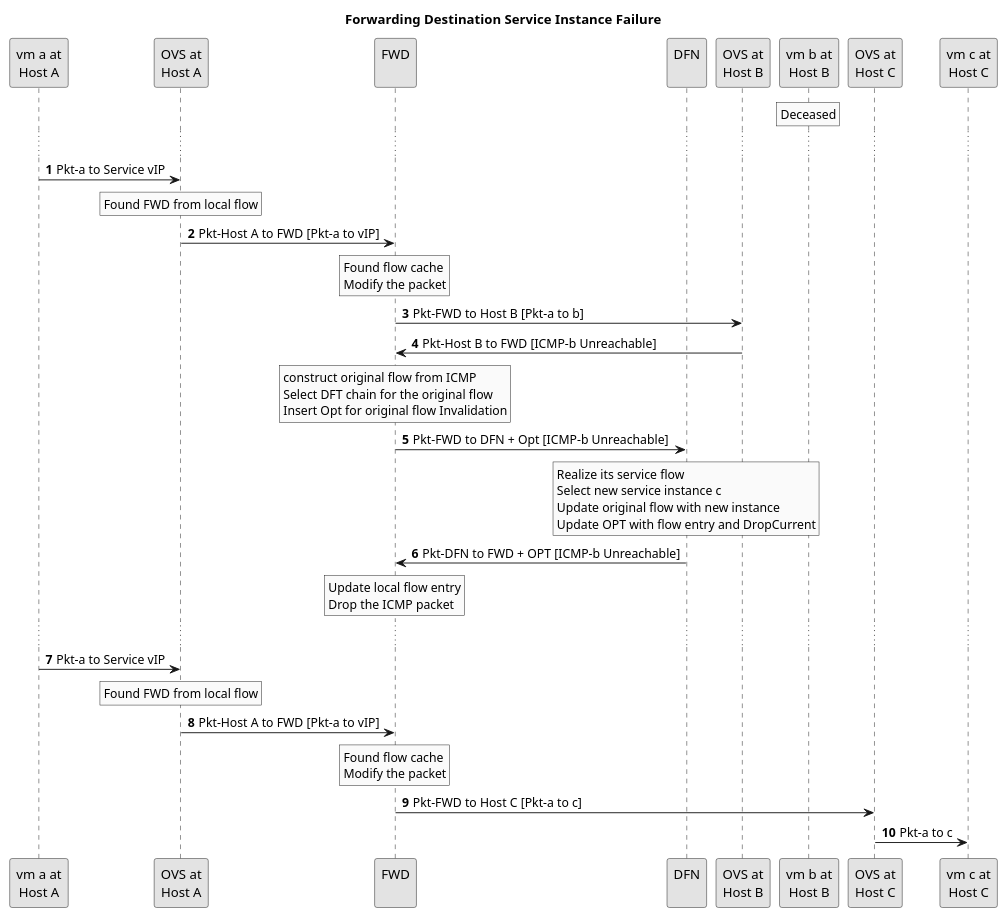
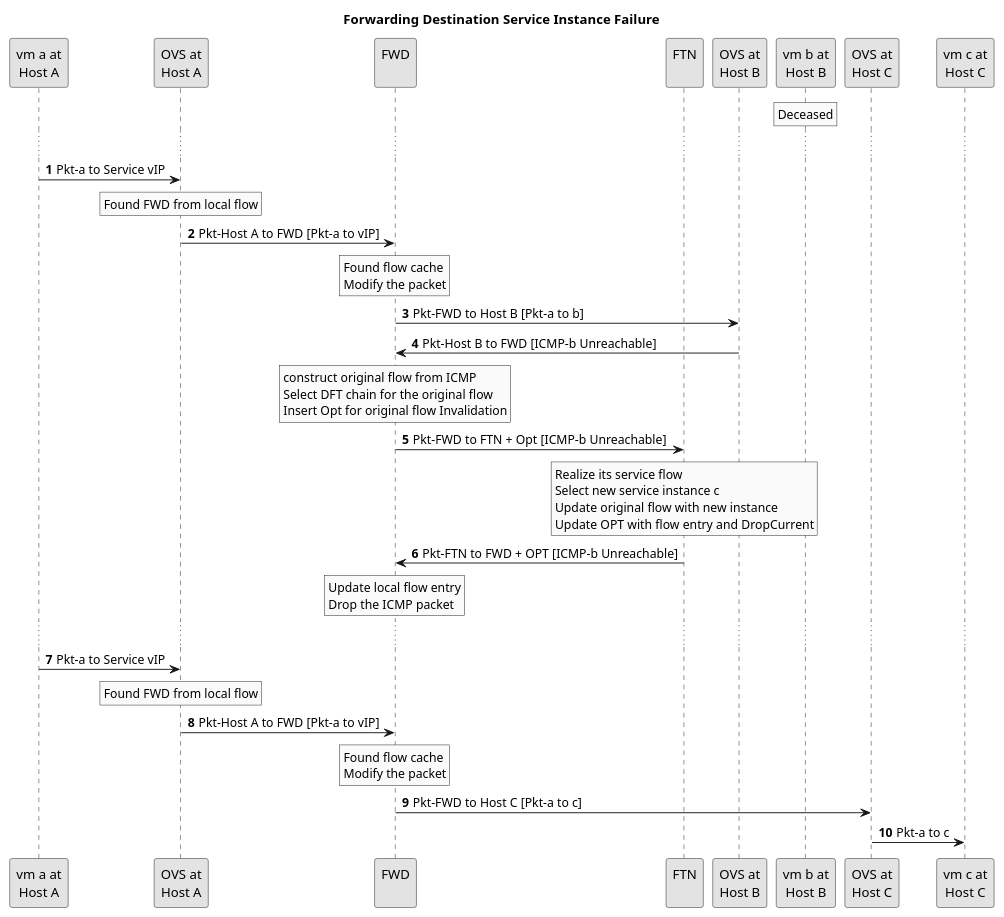
The diagram in docs/design/puml/zeta_packet_farwarding_failure_dest_service_instance.puml (CentaurusInfra/mizar), drawn with PlantUML before and after one commit. The commit also changed 13 other files, not shown here.

Commit message:
Zeta SDD: change DFN to FTN to be consistent

```diff
--- a/docs/design/puml/zeta_packet_farwarding_failure_dest_service_instance.puml
+++ b/docs/design/puml/zeta_packet_farwarding_failure_dest_service_instance.puml
@@ -1,84 +1,84 @@
 @startuml
 
 ' SPDX-License-Identifier: MIT
 ' Copyright (c) 2020 The Authors.
 
 ' Authors: Bin Liang
 
 ' Permission is hereby granted, free of charge, to any person obtaining a copy
 ' of this software and associated documentation files (the "Software"), to deal
 ' in the Software without restriction, including without limitation the rights
 ' to use, copy, modify, merge, publish, distribute, sublicense, and/or sell
 ' copies of the Software, and to permit persons to whom the Software is
 ' furnished to do so, subject to the following conditions:The above copyright
 ' notice and this permission notice shall be included in all copies or
 ' substantial portions of the Software.THE SOFTWARE IS PROVIDED "AS IS",
 ' WITHOUT WARRANTY OF ANY KIND, EXPRESS OR IMPLIED, INCLUDING BUT NOT LIMITED
 ' TO THE WARRANTIES OF MERCHANTABILITY, FITNESS FOR A PARTICULAR PURPOSE AND
 ' NONINFRINGEMENT. IN NO EVENT SHALL THE AUTHORS OR COPYRIGHT HOLDERS BE LIABLE
 ' FOR ANY CLAIM, DAMAGES OR OTHER LIABILITY, WHETHER IN AN ACTION OF CONTRACT,
 ' TORT OR OTHERWISE, ARISING FROM, OUT OF OR IN CONNECTION WITH THE SOFTWARE OR
 ' THE USE OR OTHER DEALINGS IN THE SOFTWARE.
 
 title Forwarding Destination Service Instance Failure
 skinparam monochrome true
 autonumber
 
 participant "vm a at\nHost A" as a
 participant "OVS at\nHost A" as oa
 participant "FWD\n" as FWD
-participant "DFN\n" as DFN
+participant "FTN\n" as FTN
 participant "OVS at\nHost B" as ob
 participant "vm b at\nHost B" as b
 participant "OVS at\nHost C" as oc
 participant "vm c at\nHost C" as c
 
 rnote over b
     Deceased
 endrnote
 ...
 
 a -> oa: Pkt-a to Service vIP
 rnote over oa
     Found FWD from local flow
 endrnote
 oa -> FWD: Pkt-Host A to FWD [Pkt-a to vIP]
 rnote over FWD
     Found flow cache
     Modify the packet
 endrnote
 FWD -> ob: Pkt-FWD to Host B [Pkt-a to b]
 ob -> FWD: Pkt-Host B to FWD [ICMP-b Unreachable]
 rnote over FWD
     construct original flow from ICMP
     Select DFT chain for the original flow
     Insert Opt for original flow Invalidation
 endrnote
-FWD -> DFN: Pkt-FWD to DFN + Opt [ICMP-b Unreachable]
-rnote over DFN
+FWD -> FTN: Pkt-FWD to FTN + Opt [ICMP-b Unreachable]
+rnote over FTN
     Realize its service flow
     Select new service instance c
     Update original flow with new instance
     Update OPT with flow entry and DropCurrent
 endrnote
-DFN -> FWD: Pkt-DFN to FWD + OPT [ICMP-b Unreachable]
+FTN -> FWD: Pkt-FTN to FWD + OPT [ICMP-b Unreachable]
 rnote over FWD
     Update local flow entry
     Drop the ICMP packet
 endrnote
 
 ...
 
 a -> oa: Pkt-a to Service vIP
 rnote over oa
     Found FWD from local flow
 endrnote
 oa -> FWD: Pkt-Host A to FWD [Pkt-a to vIP]
 rnote over FWD
     Found flow cache
     Modify the packet
 endrnote
 FWD -> oc: Pkt-FWD to Host C [Pkt-a to c]
 oc -> c: Pkt-a to c
 
 @enduml
```
